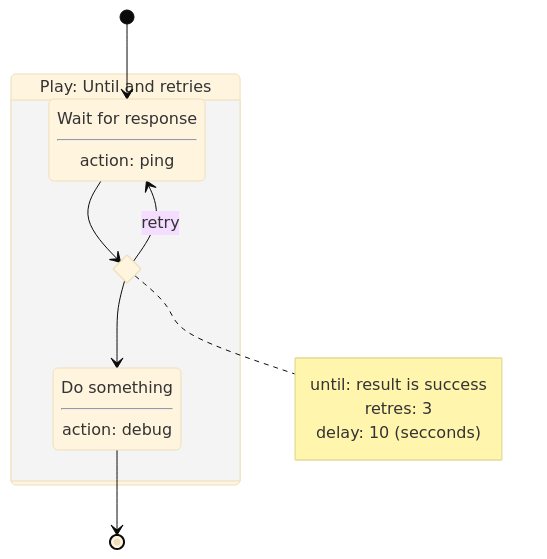
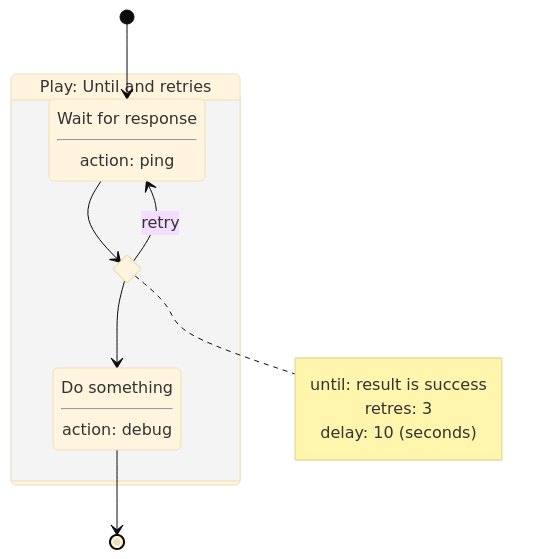
One commit to teramako/playbook2uml changed the diagram in test_playbook/expects/book_9_until_and_retry.mmd. Above: the diagram before and after it, drawn with Mermaid (base theme). The commit also changed 3 other files, not shown here.

```diff
--- a/test_playbook/expects/book_9_until_and_retry.mmd
+++ b/test_playbook/expects/book_9_until_and_retry.mmd
@@ -1,16 +1,16 @@
 stateDiagram-v2
     state "Play: Until and retries" as play_1 {
         state "Wait for response<hr>action: ping" as task_1
         state task_1_until <<choice>>
         note right of task_1_until
             until: result is success
             retres: 3
-            delay: 10 (secconds)
+            delay: 10 (seconds)
         end note
         state "Do something<hr>action: debug" as task_2
     }
     [*] --> task_1
     task_1_until --> task_2
     task_1 --> task_1_until
     task_1_until --> task_1 : retry
     task_2 --> [*]
```
